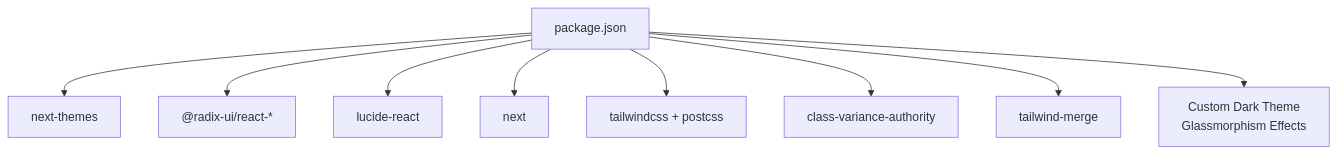
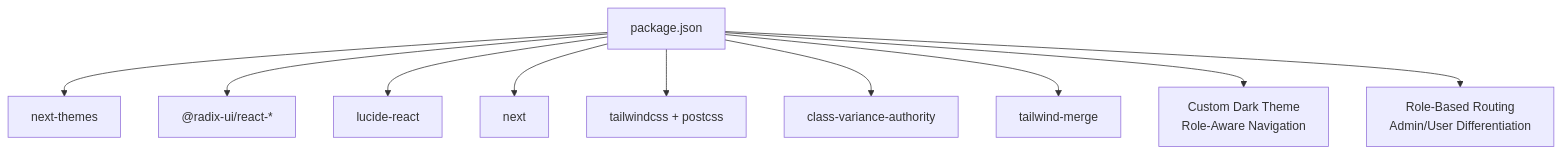
One commit to alikizang/datafrica changed the eighth of 8 diagrams in .qoder/repowiki/en/content/UI Components/Layout Components.md. Above: the diagram before and after it, drawn with Mermaid. The commit also changed other lines of this file and 21 other files, not shown here.

````diff
--- a/.qoder/repowiki/en/content/UI Components/Layout Components.md
+++ b/.qoder/repowiki/en/content/UI Components/Layout Components.md
@@ -377,11 +459,12 @@
 ```mermaid
 graph TB
 P["package.json"] --> NT["next-themes"]
 P --> RADIX["@radix-ui/react-*"]
 P --> LUCIDE["lucide-react"]
 P --> NEXT["next"]
 P --> TWCSS["tailwindcss + postcss"]
 P --> CLX["class-variance-authority"]
 P --> TM["tailwind-merge"]
-P --> CUSTOM["Custom Dark Theme<br/>Glassmorphism Effects"]
+P --> CUSTOM["Custom Dark Theme<br/>Role-Aware Navigation"]
+P --> ROLE["Role-Based Routing<br/>Admin/User Differentiation"]
 ```
````
